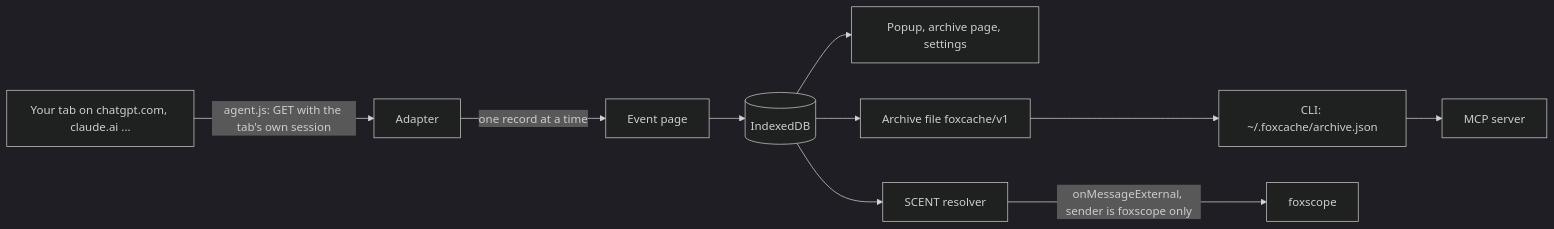
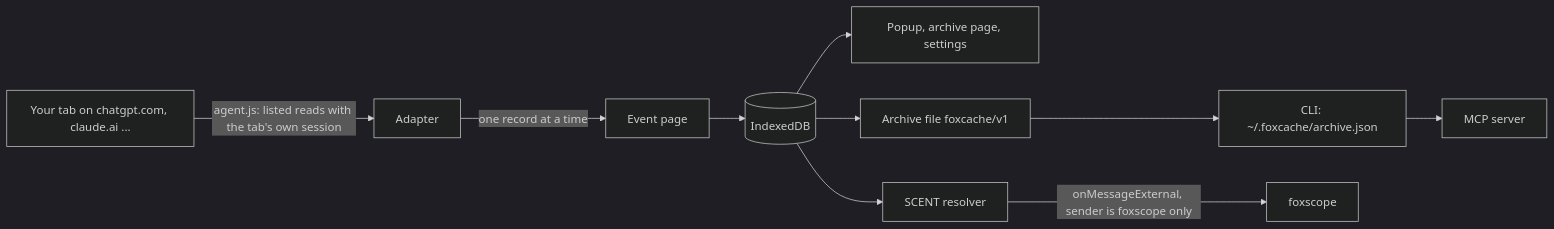
The first of 2 diagrams in README.md (pooriaarab/foxcache), drawn with Mermaid (dark theme) before and after one commit. The commit also changed other lines of this file and 5 other files, not shown here.

````diff
--- a/README.md
+++ b/README.md
@@ -52,12 +52,12 @@
 ```mermaid
 flowchart LR
-  T[Your tab on chatgpt.com, claude.ai ...] -->|agent.js: GET with the tab's own session| A[Adapter]
+  T[Your tab on chatgpt.com, claude.ai ...] -->|agent.js: listed reads with the tab's own session| A[Adapter]
   A -->|one record at a time| E[Event page]
   E --> S[(IndexedDB)]
   S --> P[Popup, archive page, settings]
   S --> F[Archive file foxcache/v1]
   F --> C[CLI: ~/.foxcache/archive.json]
   C --> M[MCP server]
   S --> X[SCENT resolver]
   X -->|onMessageExternal, sender is foxscope only| O[foxscope]
 ```
````
